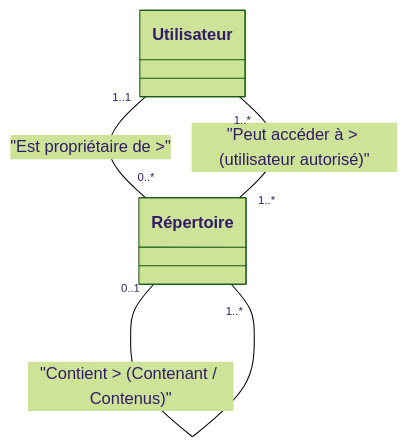
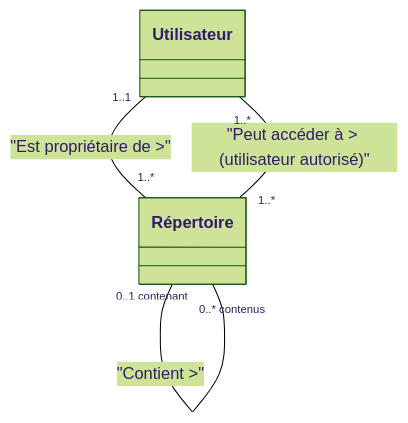
Diagram 25 of 49 in docs/Year 2/Semester 1/ACOO/Cours/acoo-analyse-modele-structurel.md (Yahya8bit/ensi-survival-kit), drawn with Mermaid (forest theme) before and after one commit. The commit also changed other lines of this file, not shown here.

````diff
--- a/docs/Year 2/Semester 1/ACOO/Cours/acoo-analyse-modele-structurel.md
+++ b/docs/Year 2/Semester 1/ACOO/Cours/acoo-analyse-modele-structurel.md
@@ -618,8 +642,8 @@
 ```mermaid
 classDiagram
     class Utilisateur
     class Repertoire["Répertoire"]
-    Utilisateur "1..1" -- "0..*" Repertoire : "Est propriétaire de >"
-    Repertoire "0..1" -- "1..*" Repertoire : "Contient > (Contenant / Contenus)"
+    Utilisateur "1..1" -- "1..*" Repertoire : "Est propriétaire de >"
+    Repertoire "0..1 contenant" -- "0..* contenus" Repertoire : "Contient >"
     Utilisateur "1..*" -- "1..*" Repertoire : "Peut accéder à > (utilisateur autorisé)"
 ```
````
